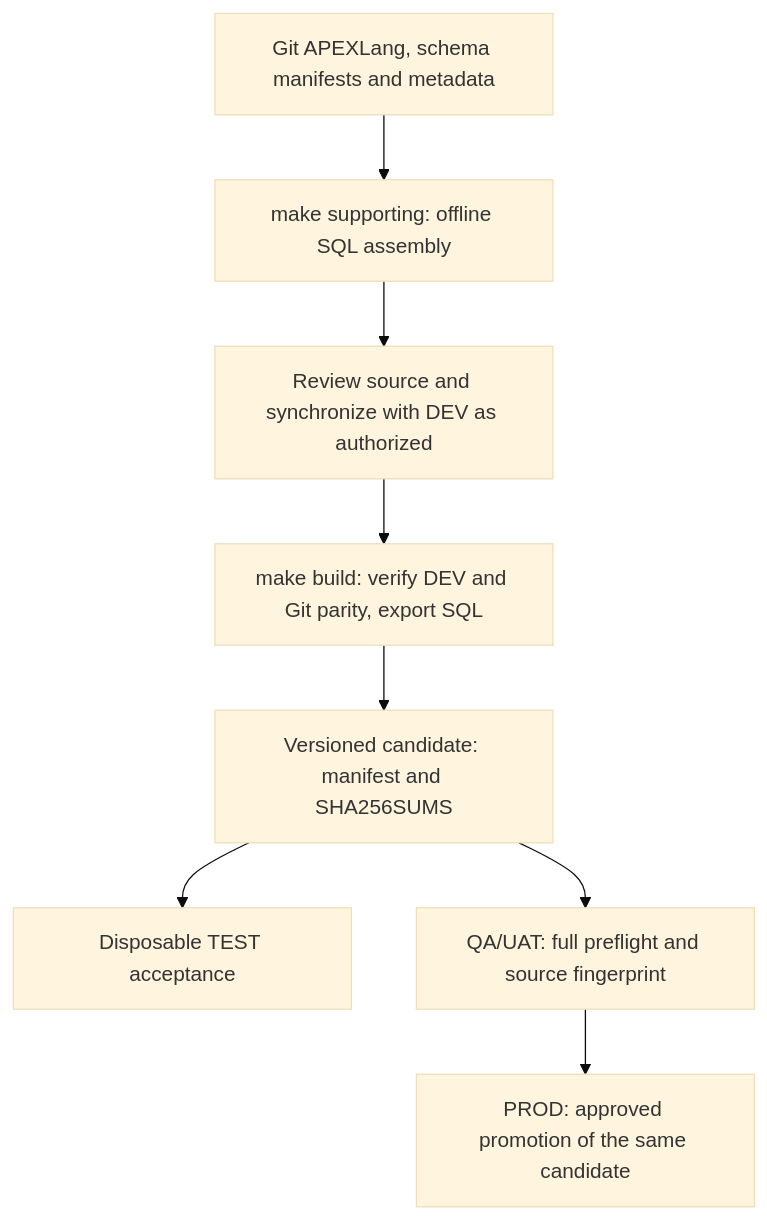
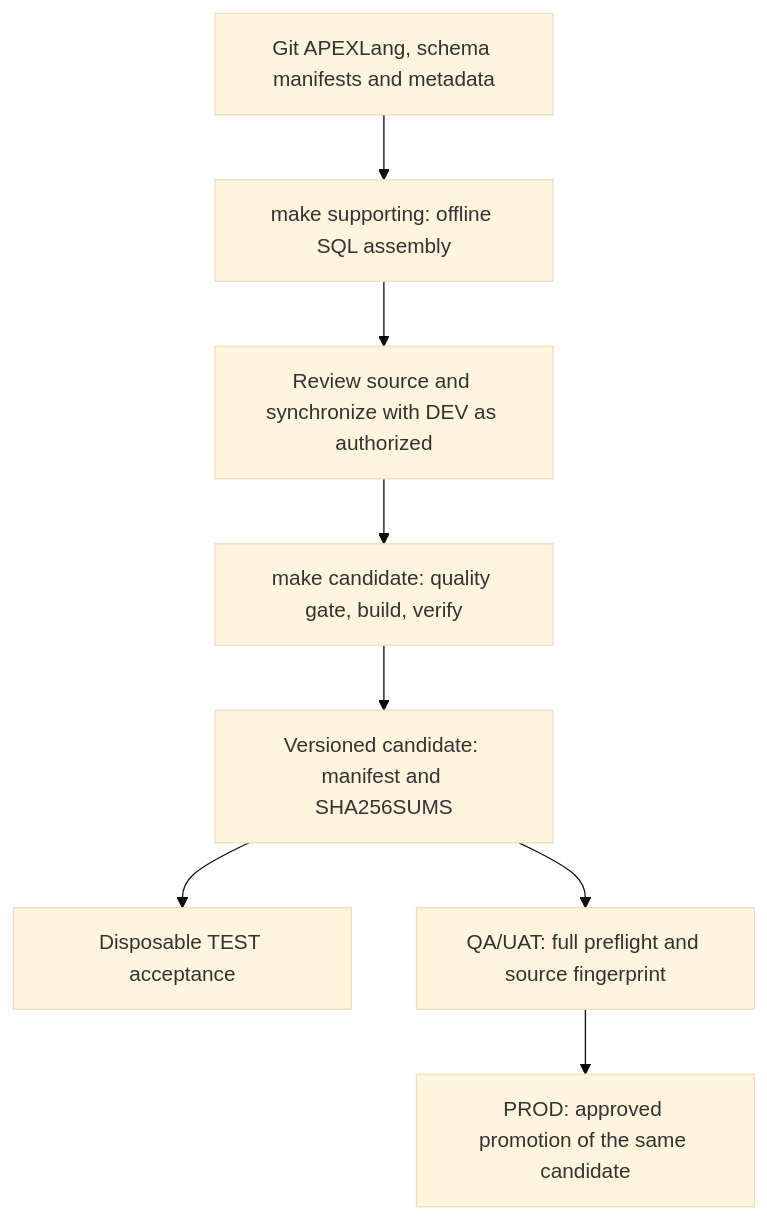
Before and after one commit to jariolaine/apex-blog: the diagram in automation/docs/ARCHITECTURE.md, drawn with Mermaid (base theme). The commit also changed other lines of this file and 28 other files, not shown here.

````diff
--- a/automation/docs/ARCHITECTURE.md
+++ b/automation/docs/ARCHITECTURE.md
@@ -37,10 +37,10 @@
 ```mermaid
 graph TD
     Git[Git APEXLang, schema manifests and metadata] --> Supporting[make supporting: offline SQL assembly]
     Supporting --> Sync[Review source and synchronize with DEV as authorized]
-    Sync --> Build[make build: verify DEV and Git parity, export SQL]
+    Sync --> Build[make candidate: quality gate, build, verify]
     Build --> Candidate[Versioned candidate: manifest and SHA256SUMS]
     Candidate --> TEST[Disposable TEST acceptance]
     Candidate --> QA[QA/UAT: full preflight and source fingerprint]
     QA --> PROD[PROD: approved promotion of the same candidate]
 ```
````
